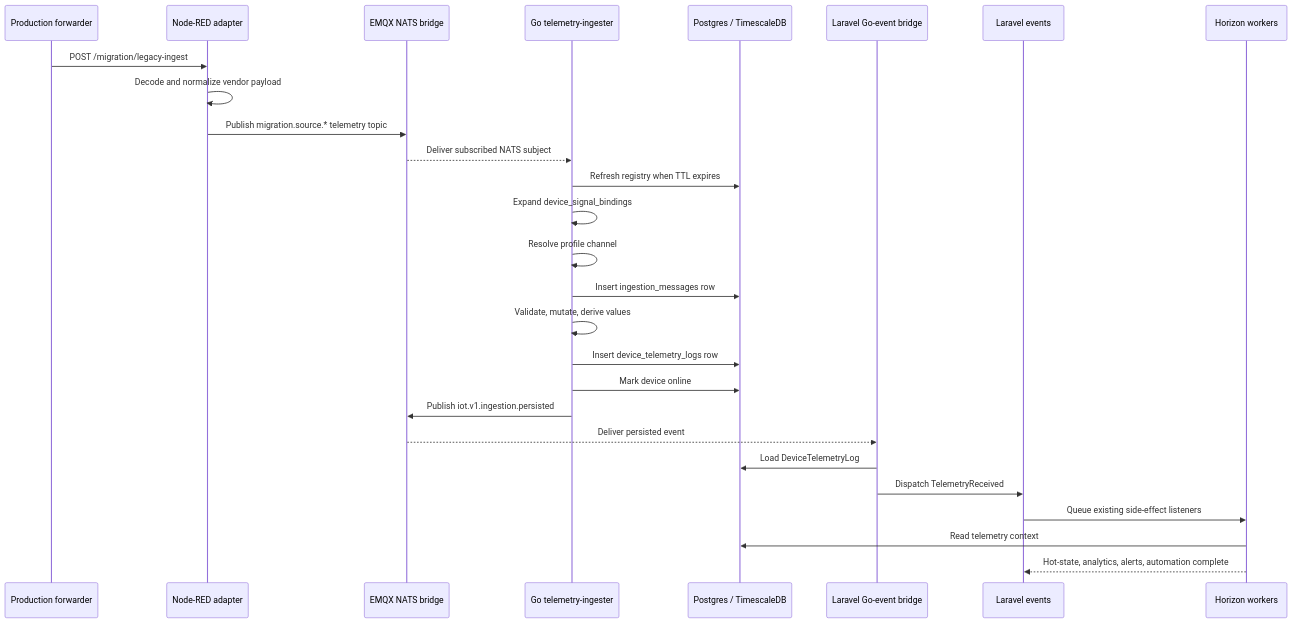
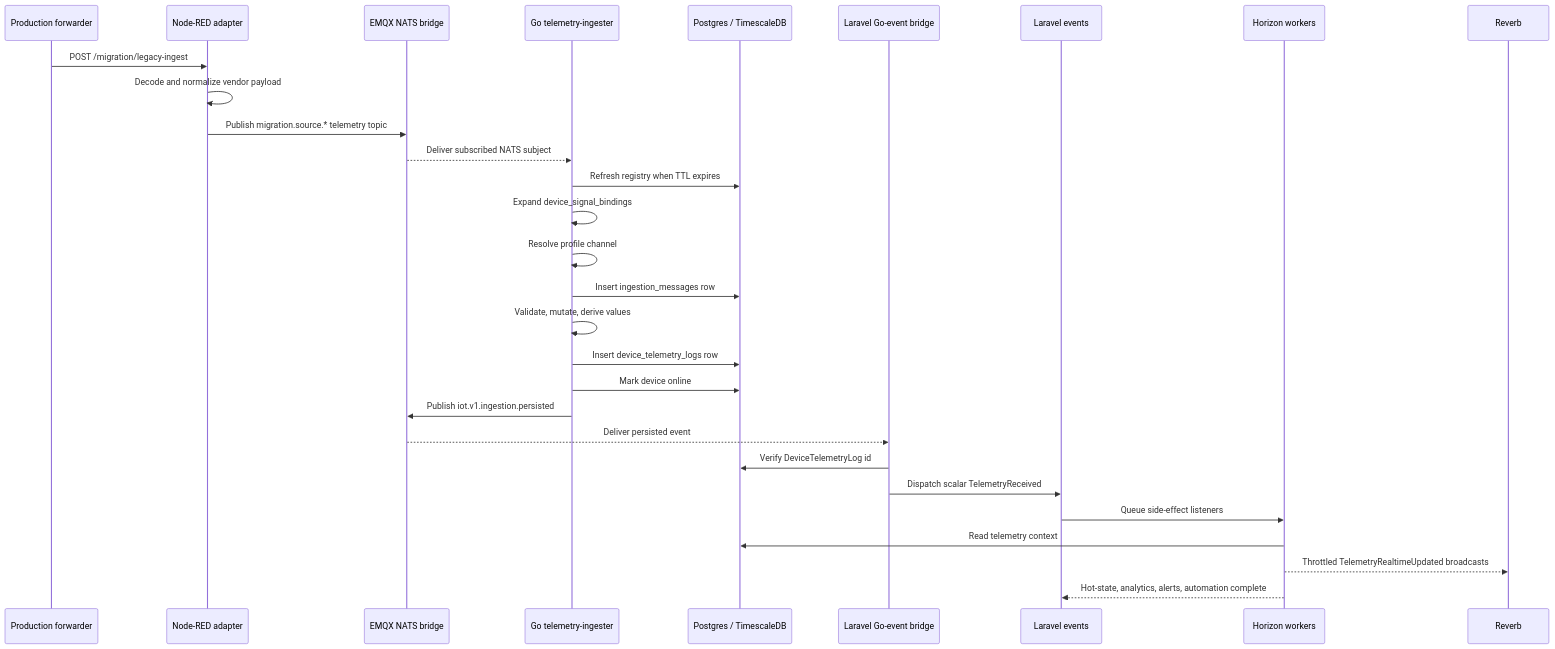
The second of 6 diagrams in docs/data-ingestion/02-architecture.md (Althinect/iot-portal), drawn with Mermaid before and after one commit. The commit also changed other lines of this file and 18 other files, not shown here.

Commit message:
Throttle telemetry realtime broadcasts

````diff
--- a/docs/data-ingestion/02-architecture.md
+++ b/docs/data-ingestion/02-architecture.md
@@ -59,32 +59,33 @@
 ```mermaid
 sequenceDiagram
     participant Prod as Production forwarder
     participant NodeRED as Node-RED adapter
     participant EMQX as EMQX NATS bridge
     participant Go as Go telemetry-ingester
     participant DB as Postgres / TimescaleDB
     participant Bridge as Laravel Go-event bridge
     participant Events as Laravel events
     participant Horizon as Horizon workers
 
     Prod->>NodeRED: POST /migration/legacy-ingest
     NodeRED->>NodeRED: Decode and normalize vendor payload
     NodeRED->>EMQX: Publish migration.source.* telemetry topic
     EMQX-->>Go: Deliver subscribed NATS subject
 
     Go->>DB: Refresh registry when TTL expires
     Go->>Go: Expand device_signal_bindings
     Go->>Go: Resolve profile channel
     Go->>DB: Insert ingestion_messages row
     Go->>Go: Validate, mutate, derive values
     Go->>DB: Insert device_telemetry_logs row
     Go->>DB: Mark device online
     Go->>EMQX: Publish iot.v1.ingestion.persisted
 
-    EMQX-->>Bridge: Deliver persisted event
-    Bridge->>DB: Load DeviceTelemetryLog
-    Bridge->>Events: Dispatch TelemetryReceived
-    Events->>Horizon: Queue existing side-effect listeners
-    Horizon->>DB: Read telemetry context
-    Horizon-->>Events: Hot-state, analytics, alerts, automation complete
+ EMQX-->>Bridge: Deliver persisted event
+ Bridge->>DB: Verify DeviceTelemetryLog id
+ Bridge->>Events: Dispatch scalar TelemetryReceived
+ Events->>Horizon: Queue side-effect listeners
+ Horizon->>DB: Read telemetry context
+ Horizon-->>Reverb: Throttled TelemetryRealtimeUpdated broadcasts
+ Horizon-->>Events: Hot-state, analytics, alerts, automation complete
 ```
````
